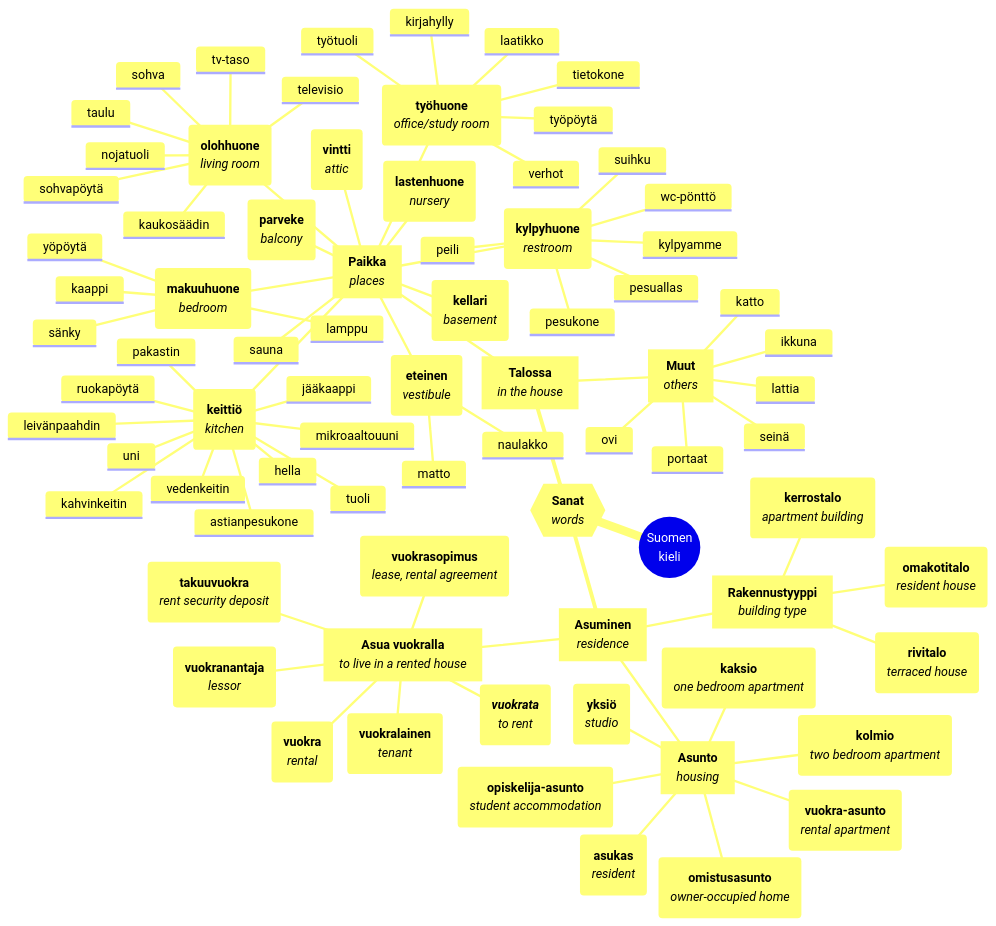
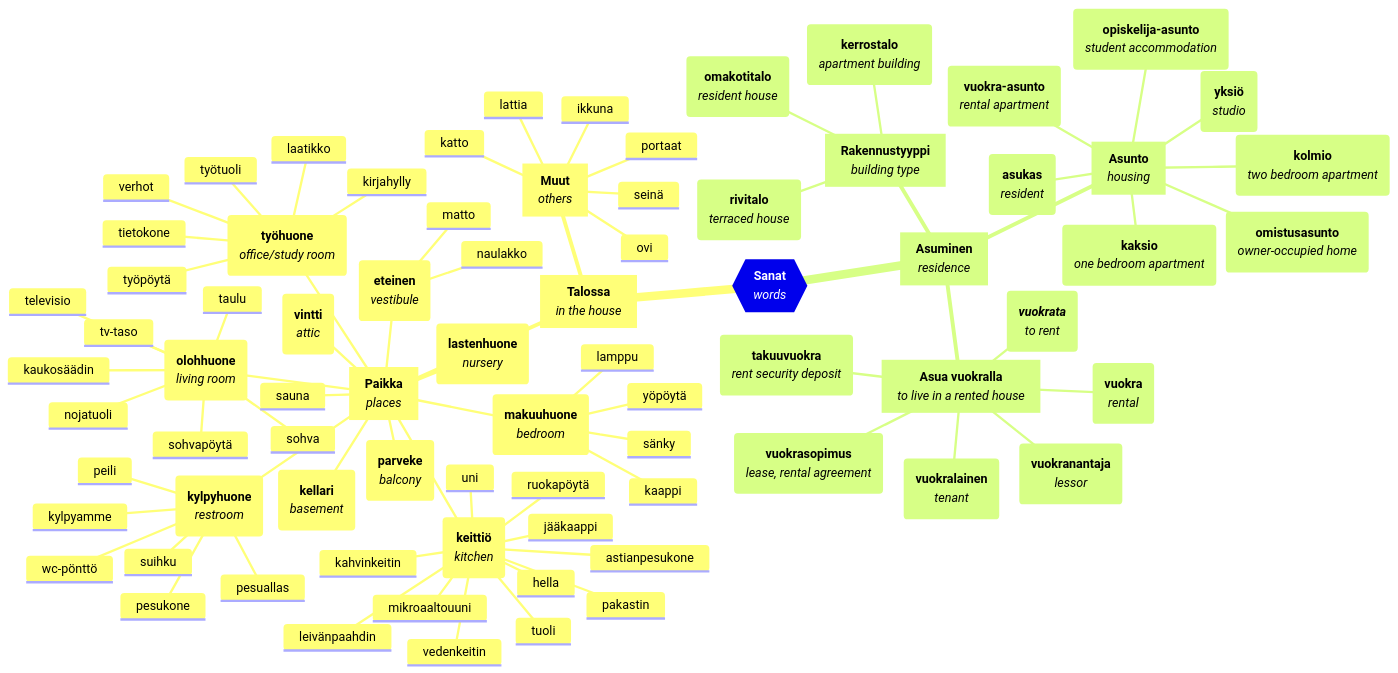
Before and after one commit to thanh-ha-nguyen/suomen-kieli: the diagram in README.md, drawn with Mermaid.

Commit message:
Update diagram.

```diff
--- a/README.md
+++ b/README.md
@@ -5,7 +5,6 @@
 title: Suomen kieli
 ---
 mindmap
-root((Suomen<br/>kieli))
   Sanat{{**Sanat**<br/>*words*}}
     Talosaa[**Talossa**<br/>*in the house*]
       Paikka[**Paikka**<br/>*places*]
```
